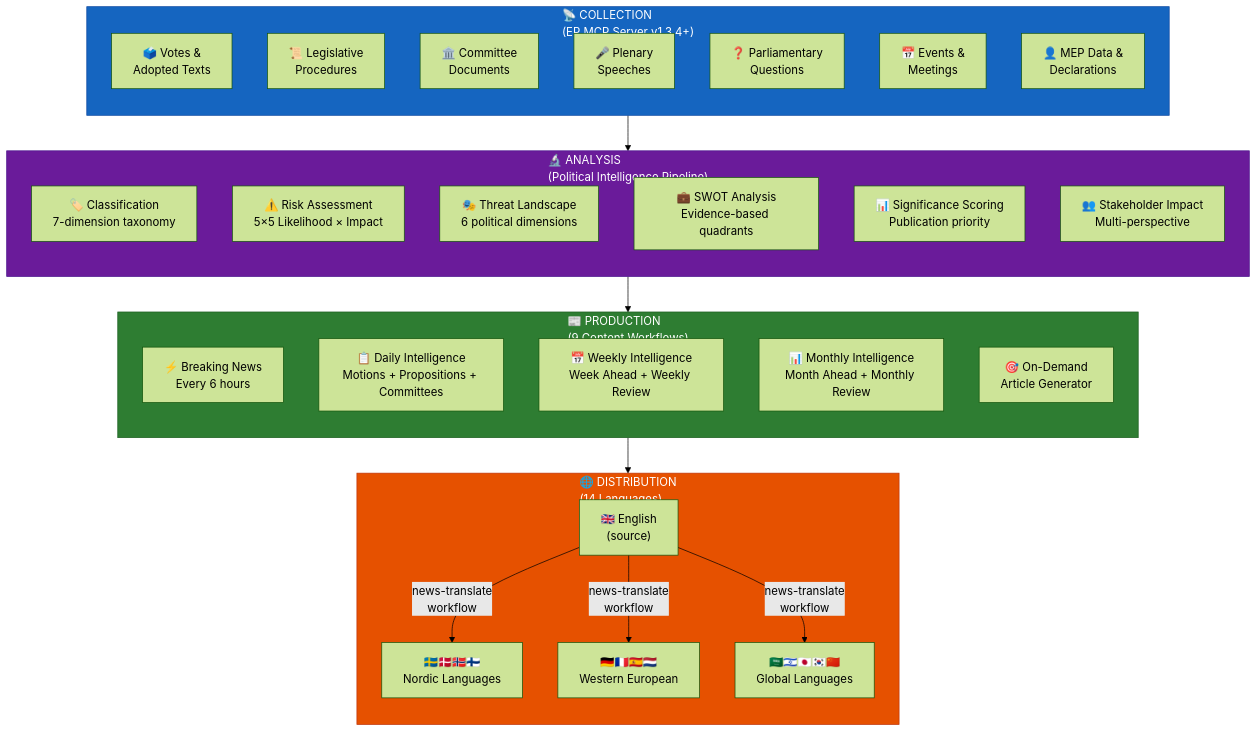
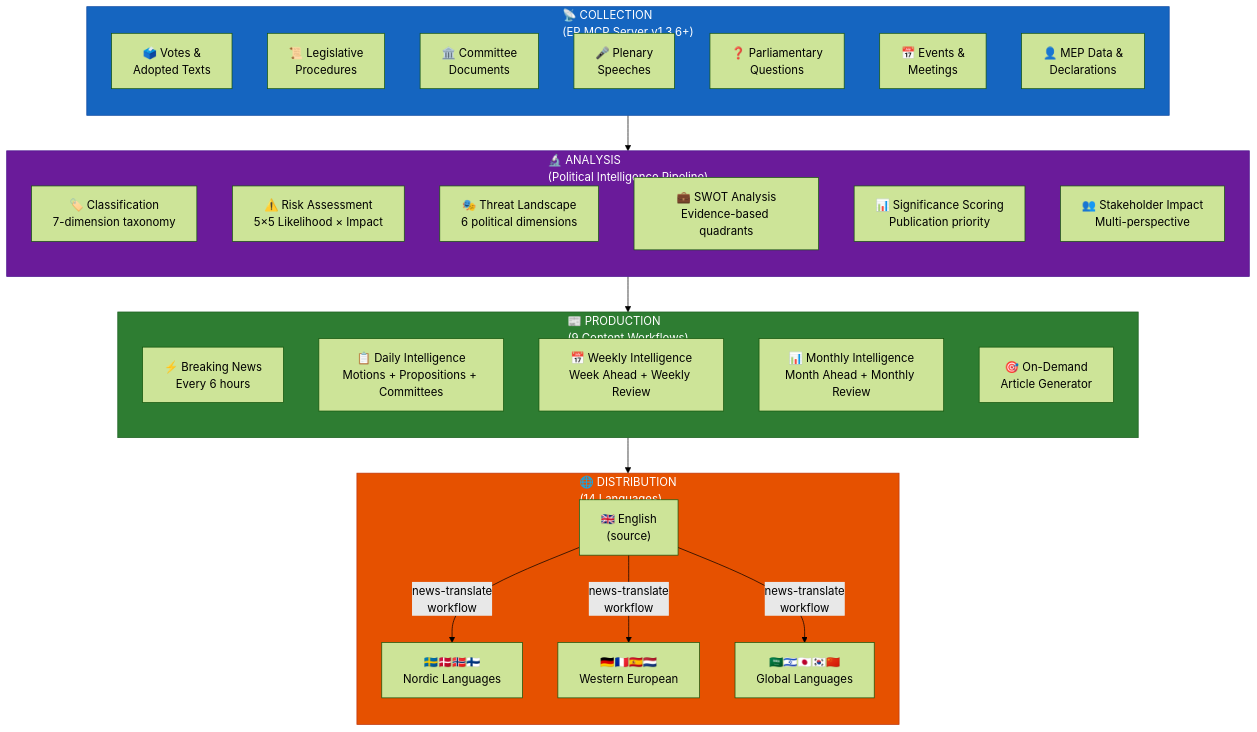
Diagram 19 of 22 in WORKFLOWS.md (Hack23/euparliamentmonitor), drawn with Mermaid (forest theme) before and after one commit. The commit also changed other lines of this file and 73 other files, not shown here.

First line of the commit message:
Bump european-parliament-mcp-server pin from 1.3.4 to 1.3.6 across workflows, config, code, tests, and docs

````diff
--- a/WORKFLOWS.md
+++ b/WORKFLOWS.md
@@ -2033,48 +2033,48 @@
 ```mermaid
 flowchart TD
-    subgraph Collection["📡 COLLECTION<br/>(EP MCP Server v1.3.4+)"]
+    subgraph Collection["📡 COLLECTION<br/>(EP MCP Server v1.3.6+)"]
         direction TB
         C1["🗳️ Votes &<br/>Adopted Texts"]
         C2["📜 Legislative<br/>Procedures"]
         C3["🏛️ Committee<br/>Documents"]
         C4["🎤 Plenary<br/>Speeches"]
         C5["❓ Parliamentary<br/>Questions"]
         C6["📅 Events &<br/>Meetings"]
         C7["👤 MEP Data &<br/>Declarations"]
     end
 
     subgraph Analysis["🔬 ANALYSIS<br/>(Political Intelligence Pipeline)"]
         direction TB
         A1["🏷️ Classification<br/>7-dimension taxonomy"]
         A2["⚠️ Risk Assessment<br/>5×5 Likelihood × Impact"]
         A3["🎭 Threat Landscape<br/>6 political dimensions"]
         A4["💼 SWOT Analysis<br/>Evidence-based quadrants"]
         A5["📊 Significance Scoring<br/>Publication priority"]
         A6["👥 Stakeholder Impact<br/>Multi-perspective"]
     end
 
     subgraph Production["📰 PRODUCTION<br/>(9 Content Workflows)"]
         direction TB
         P1["⚡ Breaking News<br/>Every 6 hours"]
         P2["📋 Daily Intelligence<br/>Motions + Propositions + Committees"]
         P3["📅 Weekly Intelligence<br/>Week Ahead + Weekly Review"]
         P4["📊 Monthly Intelligence<br/>Month Ahead + Monthly Review"]
         P5["🎯 On-Demand<br/>Article Generator"]
     end
 
     subgraph Distribution["🌐 DISTRIBUTION<br/>(14 Languages)"]
         direction TB
         D1["🇬🇧 English<br/>(source)"]
         D2["🇸🇪🇩🇰🇳🇴🇫🇮<br/>Nordic Languages"]
         D3["🇩🇪🇫🇷🇪🇸🇳🇱<br/>Western European"]
         D4["🇸🇦🇮🇱🇯🇵🇰🇷🇨🇳<br/>Global Languages"]
     end
 
     Collection --> Analysis --> Production --> D1
     D1 --> |"news-translate<br/>workflow"| D2 & D3 & D4
 
     style Collection fill:#1565C0,stroke:#0D47A1,color:#FFFFFF
     style Analysis fill:#6A1B9A,stroke:#4A148C,color:#FFFFFF
     style Production fill:#2E7D32,stroke:#1B5E20,color:#FFFFFF
     style Distribution fill:#E65100,stroke:#BF360C,color:#FFFFFF
 ```
````
